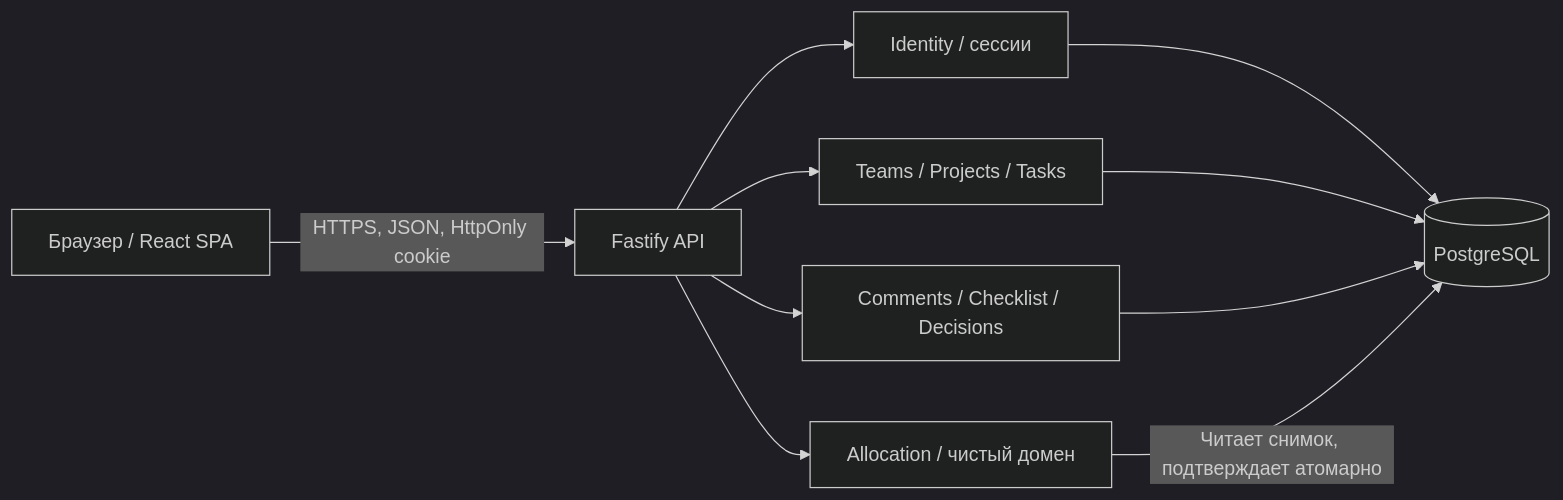
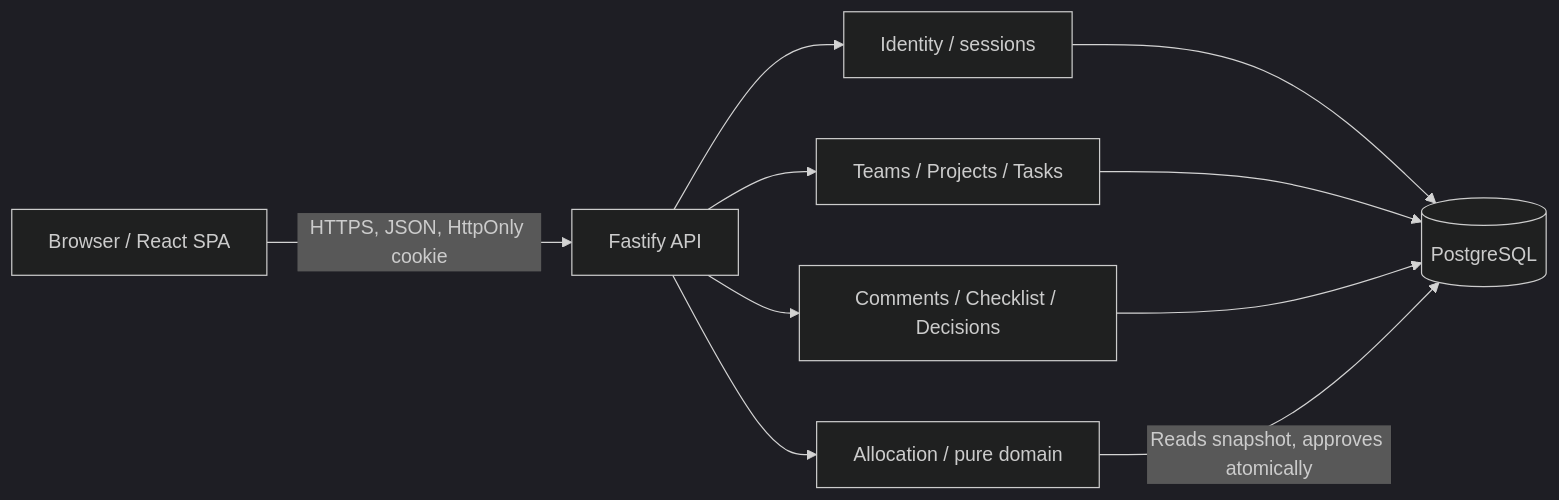
One commit to yerassylmurat07/fairshare changed the second of 3 diagrams in docs/architecture.md. Above: the diagram before and after it, drawn with Mermaid (dark theme). The commit also changed other lines of this file and 18 other files, not shown here.

````diff
--- a/docs/architecture.md
+++ b/docs/architecture.md
@@ -59,12 +59,12 @@
 ```mermaid
 flowchart LR
-  Browser[Браузер / React SPA] -->|HTTPS, JSON, HttpOnly cookie| API[Fastify API]
-  API --> Identity[Identity / сессии]
+  Browser[Browser / React SPA] -->|HTTPS, JSON, HttpOnly cookie| API[Fastify API]
+  API --> Identity[Identity / sessions]
   API --> Planning[Teams / Projects / Tasks]
-  API --> Allocation[Allocation / чистый домен]
+  API --> Allocation[Allocation / pure domain]
   API --> Collaboration[Comments / Checklist / Decisions]
   Identity --> DB[(PostgreSQL)]
   Planning --> DB
   Collaboration --> DB
-  Allocation -->|Читает снимок, подтверждает атомарно| DB
+  Allocation -->|Reads snapshot, approves atomically| DB
 ```
````
